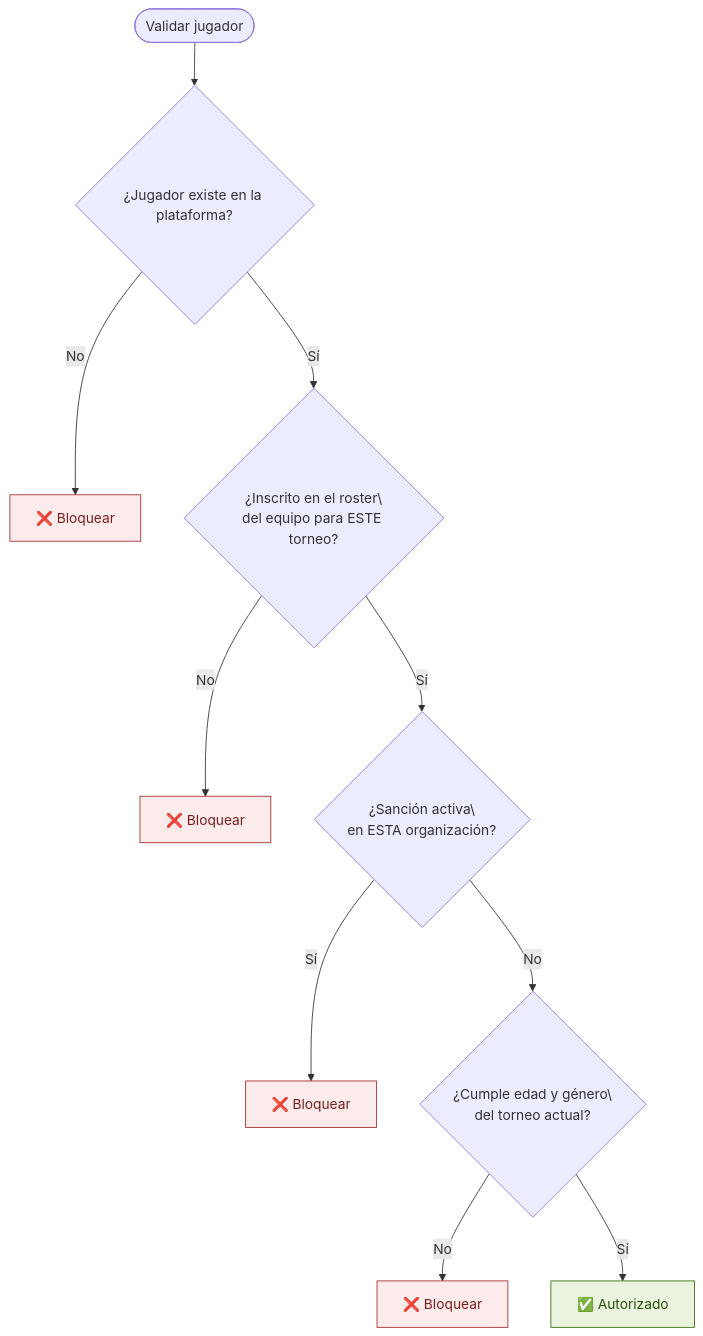
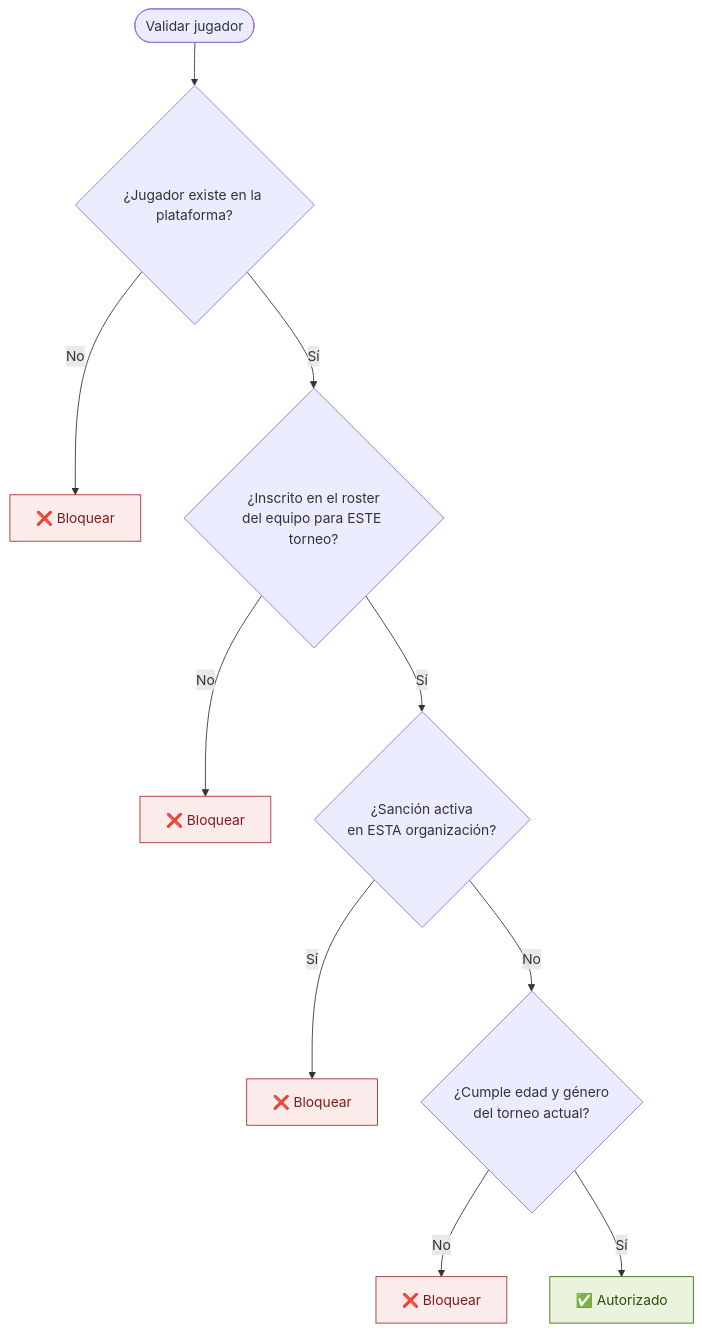
Before and after one commit to okalexiiis/4sports: the fourth of 5 diagrams in agent_docs/hitos/hitos-1-y-2.md, drawn with Mermaid. The commit also changed other lines of this file, not shown here.

````diff
--- a/agent_docs/hitos/hitos-1-y-2.md
+++ b/agent_docs/hitos/hitos-1-y-2.md
@@ -716,18 +661,18 @@
 ```mermaid
 flowchart TD
     A([Validar jugador]) --> B{¿Jugador existe en la plataforma?}
     B -->|No| Z1[❌ Bloquear]
-    B -->|Sí| C{¿Inscrito en el roster\\ndel equipo para ESTE torneo?}
+    B -->|Sí| C{¿Inscrito en el roster\ndel equipo para ESTE torneo?}
     C -->|No| Z2[❌ Bloquear]
-    C -->|Sí| D{¿Sanción activa\\nen ESTA organización?}
+    C -->|Sí| D{¿Sanción activa\nen ESTA organización?}
     D -->|Sí| Z3[❌ Bloquear]
-    D -->|No| E{¿Cumple edad y género\\ndel torneo actual?}
+    D -->|No| E{¿Cumple edad y género\ndel torneo actual?}
     E -->|No| Z4[❌ Bloquear]
     E -->|Sí| F[✅ Autorizado]
 
     style Z1 fill:#FCEBEB,stroke:#A32D2D,color:#791F1F
     style Z2 fill:#FCEBEB,stroke:#A32D2D,color:#791F1F
     style Z3 fill:#FCEBEB,stroke:#A32D2D,color:#791F1F
     style Z4 fill:#FCEBEB,stroke:#A32D2D,color:#791F1F
     style F fill:#EAF3DE,stroke:#3B6D11,color:#27500A
 ```
````
